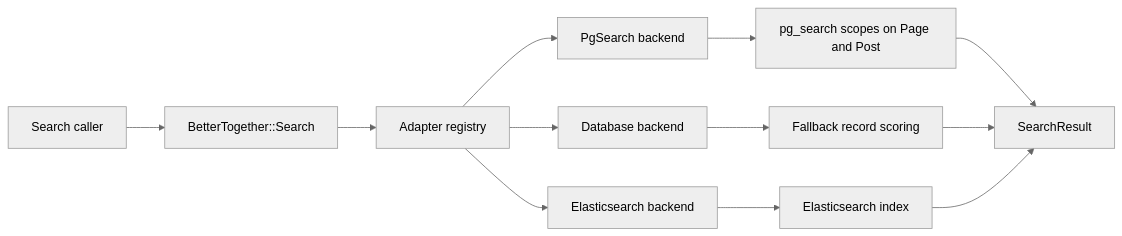
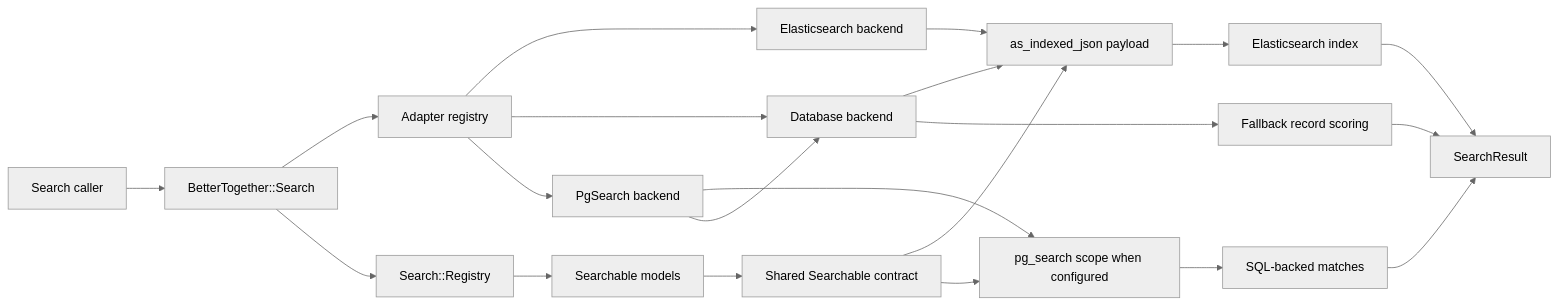
One commit to better-together-org/community-engine-rails changed the diagram in docs/diagrams/source/pr_1479_search_backend_architecture.mmd. Above: the diagram before and after it, drawn with Mermaid (neutral theme). The commit also changed 15 other files, not shown here.

```diff
--- a/docs/diagrams/source/pr_1479_search_backend_architecture.mmd
+++ b/docs/diagrams/source/pr_1479_search_backend_architecture.mmd
@@ -1,12 +1,21 @@
 flowchart LR
     A[Search caller] --> B[BetterTogether::Search]
     B --> C[Adapter registry]
     C --> D[Elasticsearch backend]
     C --> E[Database backend]
     C --> F[PgSearch backend]
-    F --> G[pg_search scopes on Page and Post]
-    E --> H[Fallback record scoring]
-    D --> I[Elasticsearch index]
-    G --> J[SearchResult]
-    H --> J
-    I --> J
+    B --> G[Search::Registry]
+    G --> H[Searchable models]
+    H --> I[Shared Searchable contract]
+    I --> J[as_indexed_json payload]
+    I --> K[pg_search scope when configured]
+    D --> J
+    E --> J
+    F --> K
+    F --> E
+    K --> L[SQL-backed matches]
+    E --> M[Fallback record scoring]
+    J --> N[Elasticsearch index]
+    L --> O[SearchResult]
+    M --> O
+    N --> O
```
